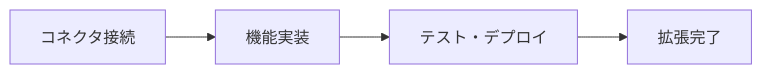
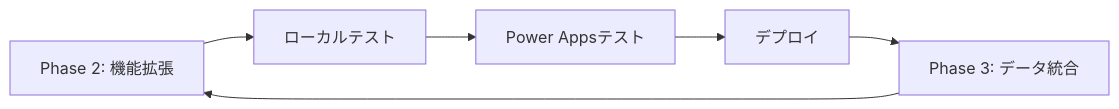
Before and after one commit to PLUG365/DecisionFlow: the sixth of 6 diagrams in README.md, drawn with Mermaid. The commit also changed other lines of this file and 1 other file, not shown here.

Commit message:
Phase構成を3フェーズに簡素化 - PHASE5をPHASE3にリネーム、README更新

````diff
--- a/README.md
+++ b/README.md
@@ -322,6 +342,8 @@
 ```mermaid
 graph LR
-    A[コネクタ接続] --> B[機能実装]
-    B --> C[テスト・デプロイ]
-    C --> D[拡張完了]
+    A[Phase 2: 機能拡張] --> B[ローカルテスト]
+    B --> C[Power Appsテスト]
+    C --> D[デプロイ]
+    D --> E[Phase 3: データ統合]
+    E --> A
 ```
````
